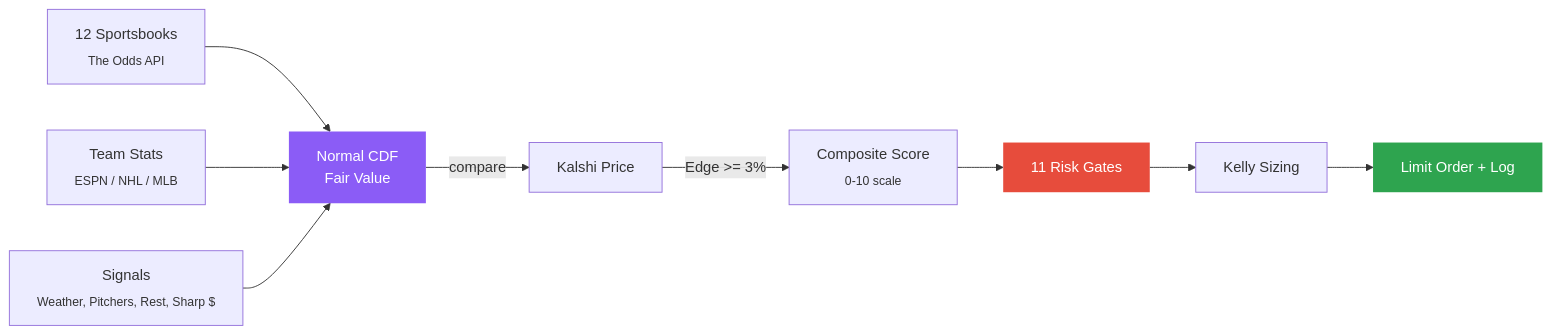
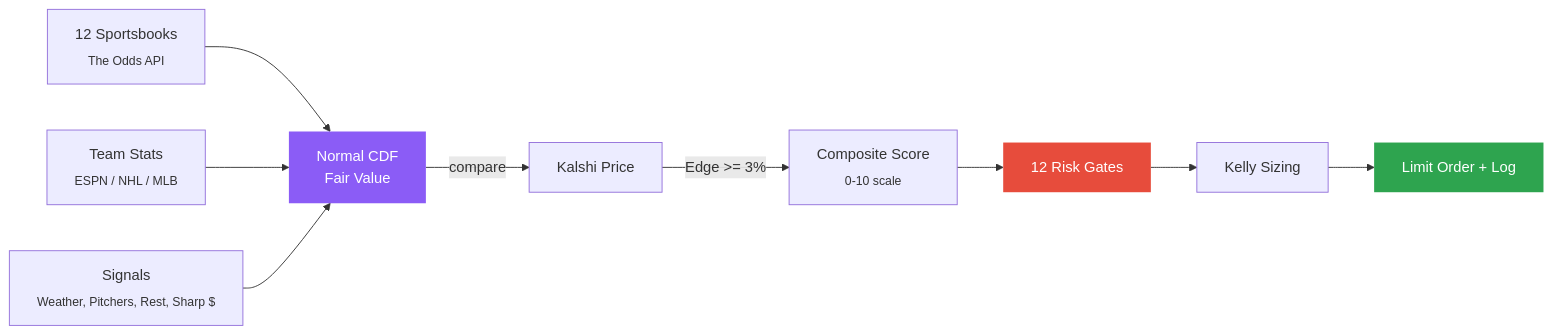
Before and after one commit to michaelschecht/Edge-Radar: the diagram in README.md, drawn with Mermaid. The commit also changed other lines of this file and 15 other files, not shown here.

````diff
--- a/README.md
+++ b/README.md
@@ -81,15 +81,15 @@
 ```mermaid
 graph LR
     A["12 Sportsbooks<br><sub>The Odds API</sub>"] --> D["Normal CDF<br>Fair Value"]
     B["Team Stats<br><sub>ESPN / NHL / MLB</sub>"] --> D
     C["Signals<br><sub>Weather, Pitchers, Rest, Sharp $</sub>"] --> D
     D -->|"compare"| E["Kalshi Price"]
     E -->|"Edge >= 3%"| F["Composite Score<br><sub>0-10 scale</sub>"]
-    F --> G["11 Risk Gates"]
+    F --> G["12 Risk Gates"]
     G --> H["Kelly Sizing"]
     H --> I["Limit Order + Log"]
 
     style D fill:#8B5CF6,color:#fff,stroke:none
     style G fill:#e74c3c,color:#fff,stroke:none
     style I fill:#2ea44f,color:#fff,stroke:none
 ```
````
